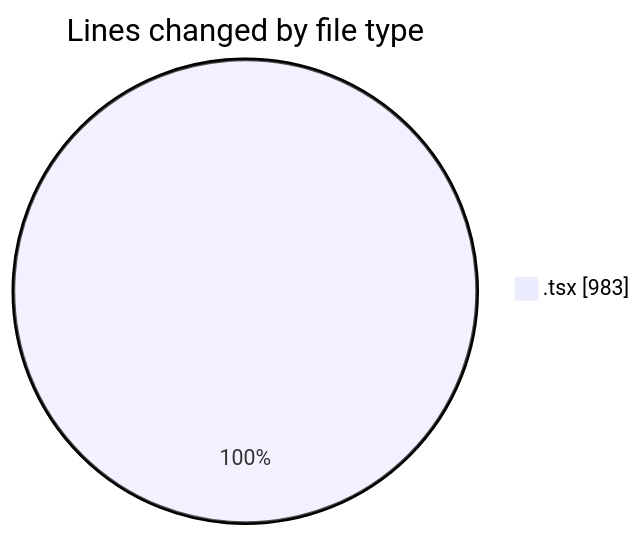
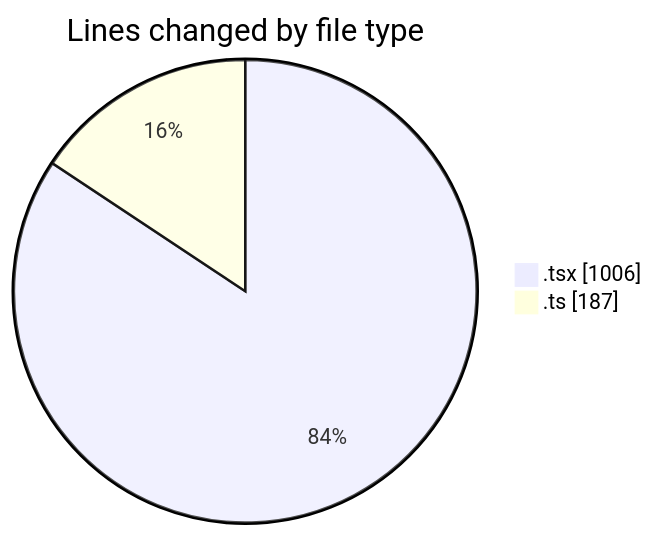
The first of 2 diagrams in 2025-02-03/mbc-web/README.md (robertbonfada/code-tracking), drawn with Mermaid before and after one commit. The commit also changed other lines of this file and 1 other file, not shown here.

````diff
--- a/2025-02-03/mbc-web/README.md
+++ b/2025-02-03/mbc-web/README.md
@@ -21,5 +23,6 @@
 ```mermaid
 pie showData
 title Lines changed by file type
-".tsx" : 983
+".tsx" : 1006
+".ts" : 187
 ```
````
